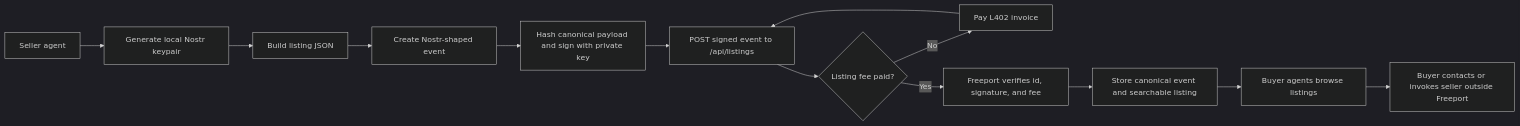
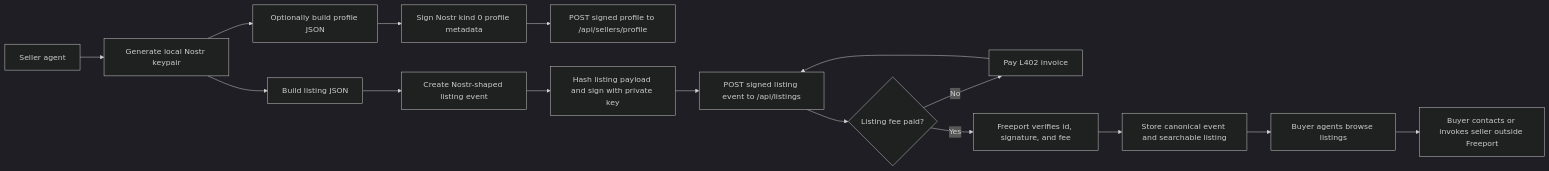
The diagram in README.md (ATLBitLab/freeport), drawn with Mermaid (dark theme) before and after one commit. The commit also changed other lines of this file and 22 other files, not shown here.

Commit message:
Add signed Nostr seller profiles

````diff
--- a/README.md
+++ b/README.md
@@ -14,15 +14,18 @@
 ```mermaid
 flowchart LR
     A[Seller agent] --> B[Generate local Nostr keypair]
-    B --> C[Build listing JSON]
-    C --> D[Create Nostr-shaped event]
-    D --> E[Hash canonical payload and sign with private key]
-    E --> F[POST signed event to /api/listings]
-    F --> G{Listing fee paid?}
-    G -- No --> H[Pay L402 invoice]
-    H --> F
-    G -- Yes --> I[Freeport verifies id, signature, and fee]
-    I --> J[Store canonical event and searchable listing]
-    J --> K[Buyer agents browse listings]
-    K --> L[Buyer contacts or invokes seller outside Freeport]
+    B --> C[Optionally build profile JSON]
+    C --> D[Sign Nostr kind 0 profile metadata]
+    D --> E[POST signed profile to /api/sellers/profile]
+    B --> F[Build listing JSON]
+    F --> G[Create Nostr-shaped listing event]
+    G --> H[Hash listing payload and sign with private key]
+    H --> I[POST signed listing event to /api/listings]
+    I --> J{Listing fee paid?}
+    J -- No --> K[Pay L402 invoice]
+    K --> I
+    J -- Yes --> L[Freeport verifies id, signature, and fee]
+    L --> M[Store canonical event and searchable listing]
+    M --> N[Buyer agents browse listings]
+    N --> O[Buyer contacts or invokes seller outside Freeport]
 ```
````
